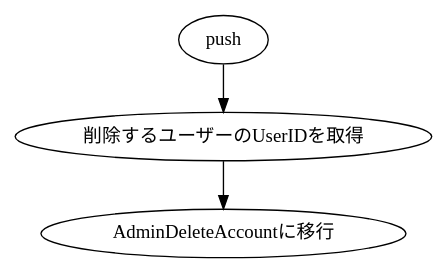
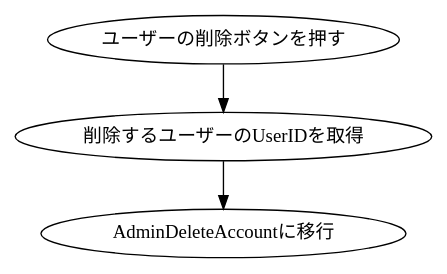
Before and after one commit to KUT-Group12/internal_design: the diagram in dot/sato/AdminSelectuserDeletion.dot, drawn with Graphviz. The commit also changed 13 other files, not shown here.

```diff
--- a/dot/sato/AdminSelectuserDeletion.dot
+++ b/dot/sato/AdminSelectuserDeletion.dot
@@ -1,10 +1,10 @@
 digraph G {
     #include "style.doth"
 
-    push[labe="ユーザーの削除ボタンを押す"]
+    push[label="ユーザーの削除ボタンを押す"]
     get[label="削除するユーザーのUserIDを取得"]
     move[label="AdminDeleteAccountに移行"]
 
     push -> get
     get -> move
 }
```
